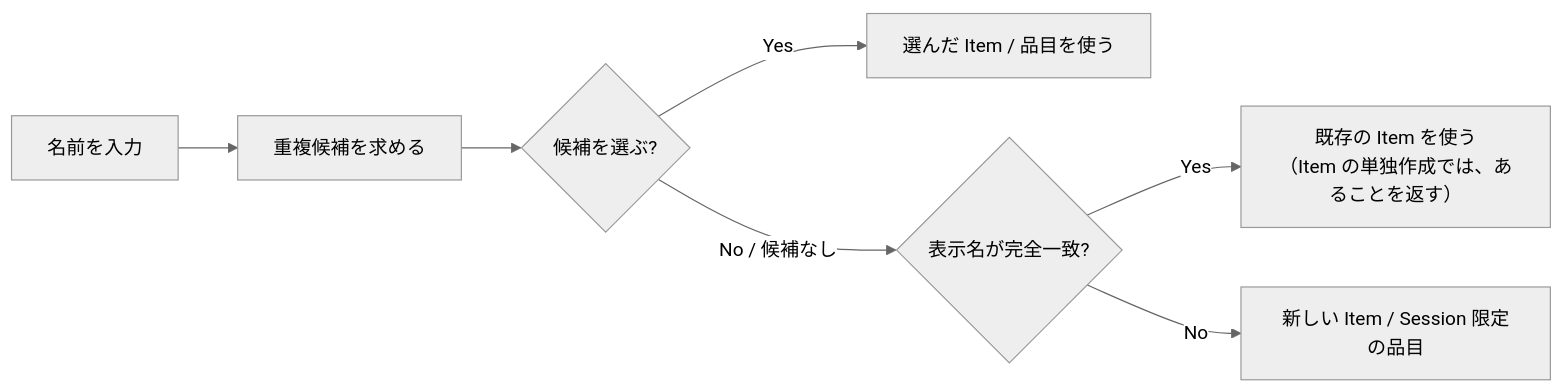
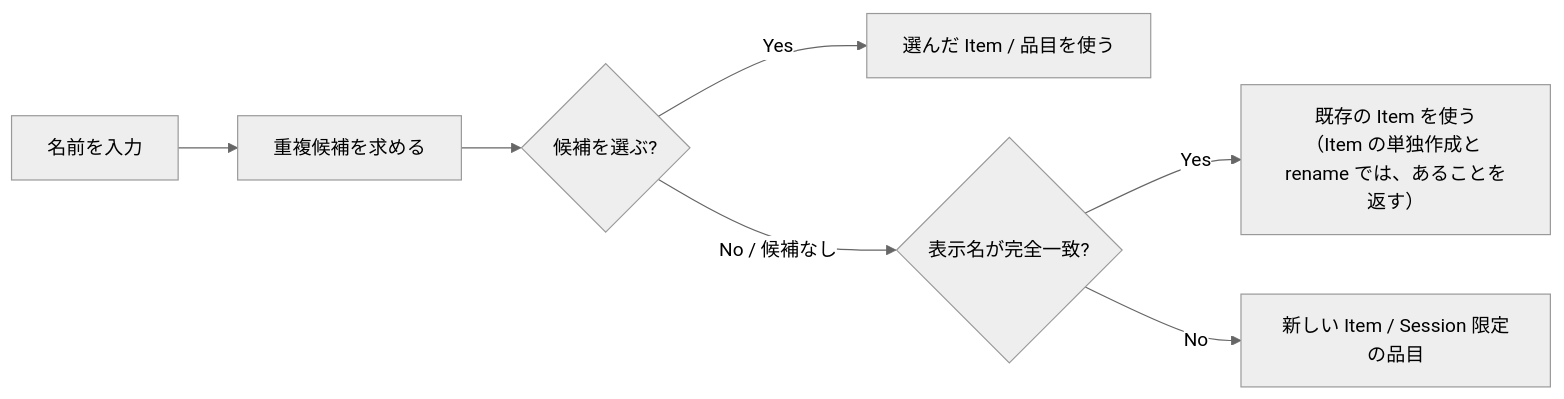
The third of 3 diagrams in docs/spec.md (kyo1941/RecipeDeck), drawn with Mermaid (neutral theme) before and after one commit. The commit also changed other lines of this file and 5 other files, not shown here.

Commit message:
feat: rename の重複候補から、名前を変える Item 自身を除けるようにする

````diff
--- a/docs/spec.md
+++ b/docs/spec.md
@@ -266,9 +266,9 @@
 ```mermaid
 flowchart LR
     A["名前を入力"] --> B["重複候補を求める"]
     B --> C{"候補を選ぶ?"}
     C -->|"Yes"| D["選んだ Item / 品目を使う"]
     C -->|"No / 候補なし"| E{"表示名が完全一致?"}
-    E -->|"Yes"| F["既存の Item を使う<br>（Item の単独作成では、あることを返す）"]
+    E -->|"Yes"| F["既存の Item を使う<br>（Item の単独作成と rename では、あることを返す）"]
     E -->|"No"| G["新しい Item / Session 限定の品目"]
 ```
````
